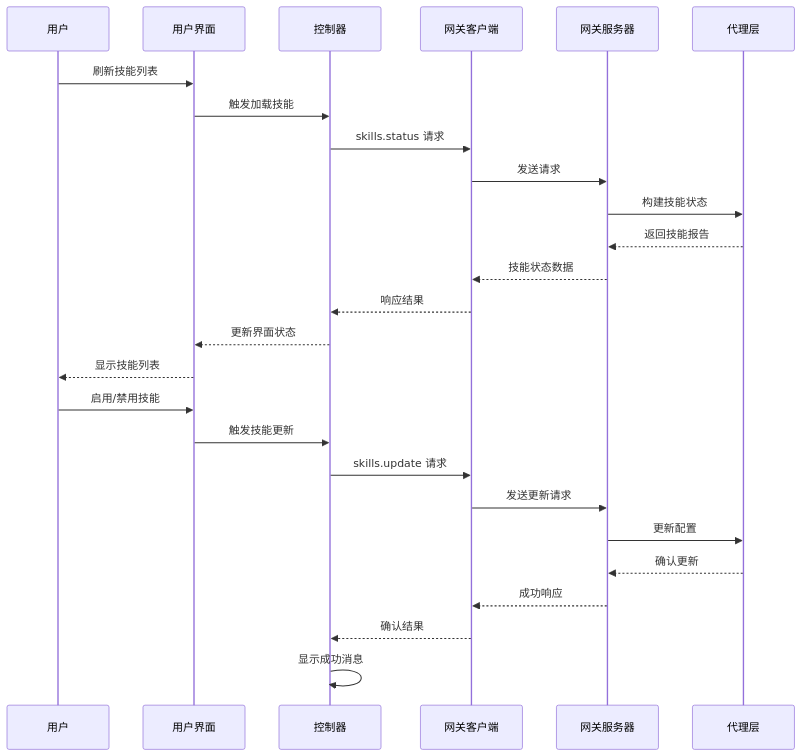
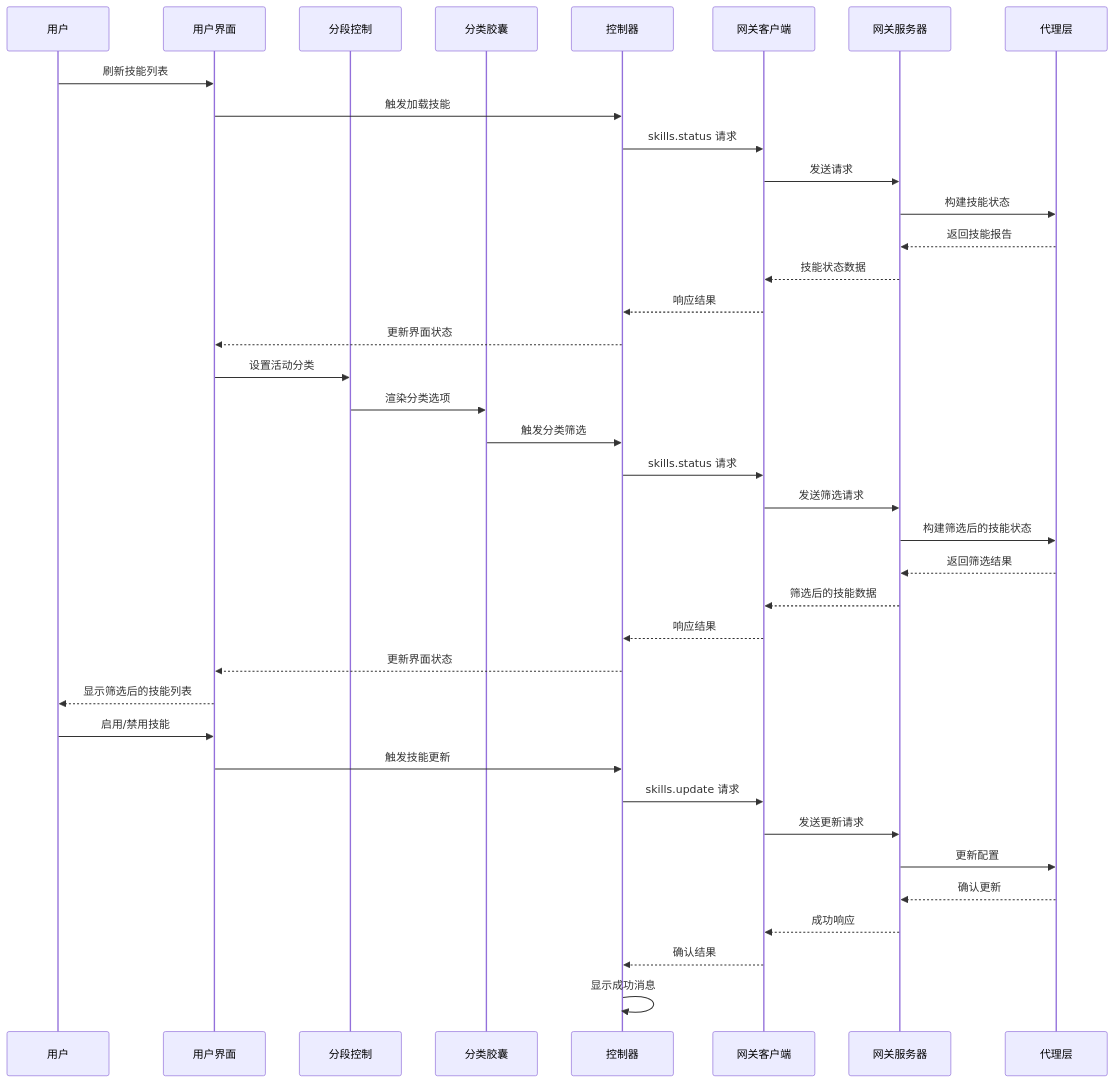
One commit to verse-ai-org/openclaw changed the second of 8 diagrams in .qoder/repowiki/zh/content/Web界面/UI组件系统/技能工具栏.md. Above: the diagram before and after it, drawn with Mermaid. The commit also changed other lines of this file and 13 other files, not shown here.

````diff
--- a/.qoder/repowiki/zh/content/Web界面/UI组件系统/技能工具栏.md
+++ b/.qoder/repowiki/zh/content/Web界面/UI组件系统/技能工具栏.md
@@ -117,28 +138,40 @@
 ```mermaid
 sequenceDiagram
 participant User as 用户
 participant UI as 用户界面
+participant SegmentedControl as 分段控制
+participant CategoryPills as 分类胶囊
 participant Controller as 控制器
 participant Gateway as 网关客户端
 participant Server as 网关服务器
 participant Agent as 代理层
 User->>UI : 刷新技能列表
 UI->>Controller : 触发加载技能
 Controller->>Gateway : skills.status 请求
 Gateway->>Server : 发送请求
 Server->>Agent : 构建技能状态
 Agent-->>Server : 返回技能报告
 Server-->>Gateway : 技能状态数据
 Gateway-->>Controller : 响应结果
 Controller-->>UI : 更新界面状态
-UI-->>User : 显示技能列表
+UI->>SegmentedControl : 设置活动分类
+SegmentedControl->>CategoryPills : 渲染分类选项
+CategoryPills->>Controller : 触发分类筛选
+Controller->>Gateway : skills.status 请求
+Gateway->>Server : 发送筛选请求
+Server->>Agent : 构建筛选后的技能状态
+Agent-->>Server : 返回筛选结果
+Server-->>Gateway : 筛选后的技能数据
+Gateway-->>Controller : 响应结果
+Controller-->>UI : 更新界面状态
+UI-->>User : 显示筛选后的技能列表
 User->>UI : 启用/禁用技能
 UI->>Controller : 触发技能更新
 Controller->>Gateway : skills.update 请求
 Gateway->>Server : 发送更新请求
 Server->>Agent : 更新配置
 Agent-->>Server : 确认更新
 Server-->>Gateway : 成功响应
 Gateway-->>Controller : 确认结果
 Controller->>Controller : 显示成功消息
 ```
````
